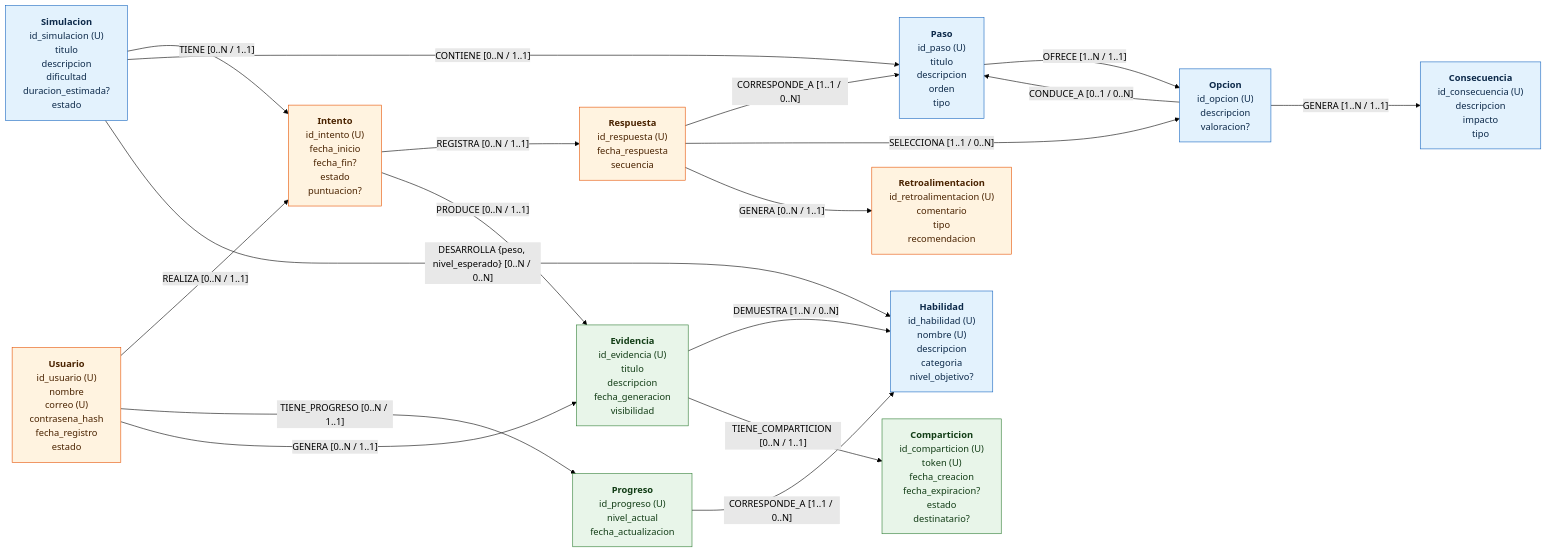
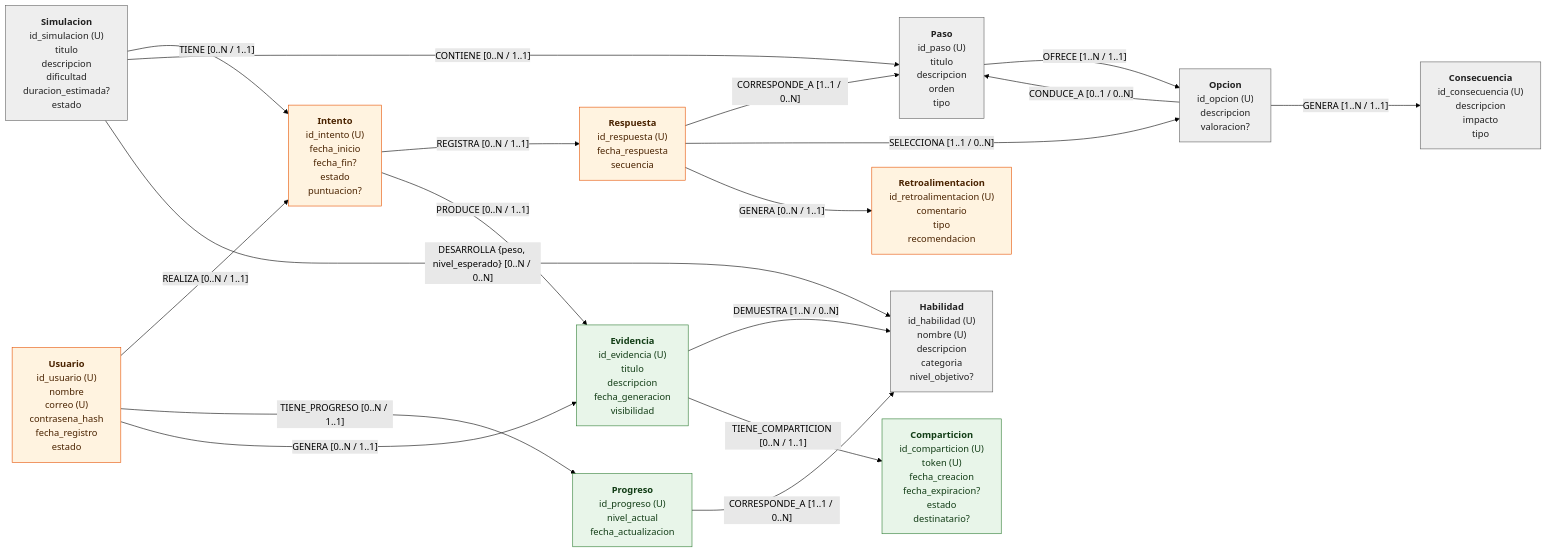
Before and after one commit to lsprz2773/BDLN-U3: the diagram in entregables/06-modelo-logico.md, drawn with Mermaid (forest theme). The commit also changed other lines of this file and 11 other files, not shown here.

First line of the commit message:
F9 conversión de entregables a .docx (estilo sin azul) y diagrama en tonos neutros

````diff
--- a/entregables/06-modelo-logico.md
+++ b/entregables/06-modelo-logico.md
@@ -13,41 +13,41 @@
 ```mermaid
 %%{init: {"flowchart": {"wrappingWidth": 420, "nodeSpacing": 40, "rankSpacing": 110, "curve": "basis"}}}%%
 flowchart LR
     Usuario["<b>Usuario</b><br/>id_usuario (U)<br/>nombre<br/>correo (U)<br/>contrasena_hash<br/>fecha_registro<br/>estado"]
     Simulacion["<b>Simulacion</b><br/>id_simulacion (U)<br/>titulo<br/>descripcion<br/>dificultad<br/>duracion_estimada?<br/>estado"]
     Habilidad["<b>Habilidad</b><br/>id_habilidad (U)<br/>nombre (U)<br/>descripcion<br/>categoria<br/>nivel_objetivo?"]
     Paso["<b>Paso</b><br/>id_paso (U)<br/>titulo<br/>descripcion<br/>orden<br/>tipo"]
     Opcion["<b>Opcion</b><br/>id_opcion (U)<br/>descripcion<br/>valoracion?"]
     Consecuencia["<b>Consecuencia</b><br/>id_consecuencia (U)<br/>descripcion<br/>impacto<br/>tipo"]
     Intento["<b>Intento</b><br/>id_intento (U)<br/>fecha_inicio<br/>fecha_fin?<br/>estado<br/>puntuacion?"]
     Respuesta["<b>Respuesta</b><br/>id_respuesta (U)<br/>fecha_respuesta<br/>secuencia"]
     Retroalimentacion["<b>Retroalimentacion</b><br/>id_retroalimentacion (U)<br/>comentario<br/>tipo<br/>recomendacion"]
     Progreso["<b>Progreso</b><br/>id_progreso (U)<br/>nivel_actual<br/>fecha_actualizacion"]
     Evidencia["<b>Evidencia</b><br/>id_evidencia (U)<br/>titulo<br/>descripcion<br/>fecha_generacion<br/>visibilidad"]
     Comparticion["<b>Comparticion</b><br/>id_comparticion (U)<br/>token (U)<br/>fecha_creacion<br/>fecha_expiracion?<br/>estado<br/>destinatario?"]
 
     Usuario -- "REALIZA [0..N / 1..1]" --> Intento
     Simulacion -- "TIENE [0..N / 1..1]" --> Intento
     Simulacion -- "CONTIENE [0..N / 1..1]" --> Paso
     Simulacion -- "DESARROLLA {peso, nivel_esperado} [0..N / 0..N]" --> Habilidad
     Paso -- "OFRECE [1..N / 1..1]" --> Opcion
     Opcion -- "GENERA [1..N / 1..1]" --> Consecuencia
     Opcion -- "CONDUCE_A [0..1 / 0..N]" --> Paso
     Intento -- "REGISTRA [0..N / 1..1]" --> Respuesta
     Respuesta -- "CORRESPONDE_A [1..1 / 0..N]" --> Paso
     Respuesta -- "SELECCIONA [1..1 / 0..N]" --> Opcion
     Respuesta -- "GENERA [0..N / 1..1]" --> Retroalimentacion
     Usuario -- "TIENE_PROGRESO [0..N / 1..1]" --> Progreso
     Progreso -- "CORRESPONDE_A [1..1 / 0..N]" --> Habilidad
     Usuario -- "GENERA [0..N / 1..1]" --> Evidencia
     Intento -- "PRODUCE [0..N / 1..1]" --> Evidencia
     Evidencia -- "DEMUESTRA [1..N / 0..N]" --> Habilidad
     Evidencia -- "TIENE_COMPARTICION [0..N / 1..1]" --> Comparticion
 
-    classDef contenido fill:#E3F2FD,stroke:#1565C0,color:#0D2A4A
+    classDef contenido fill:#EEEEEE,stroke:#616161,color:#212121
     classDef ejecucion fill:#FFF3E0,stroke:#E65100,color:#4A2300
     classDef resultado fill:#E8F5E9,stroke:#2E7D32,color:#123D16
     class Simulacion,Paso,Opcion,Consecuencia,Habilidad contenido
     class Usuario,Intento,Respuesta,Retroalimentacion ejecucion
     class Progreso,Evidencia,Comparticion resultado
 ```
````
